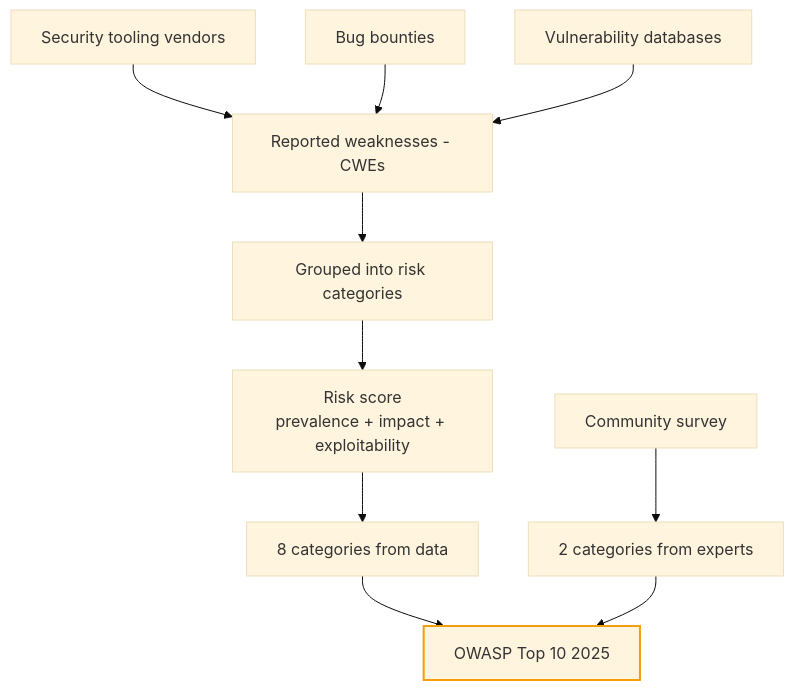
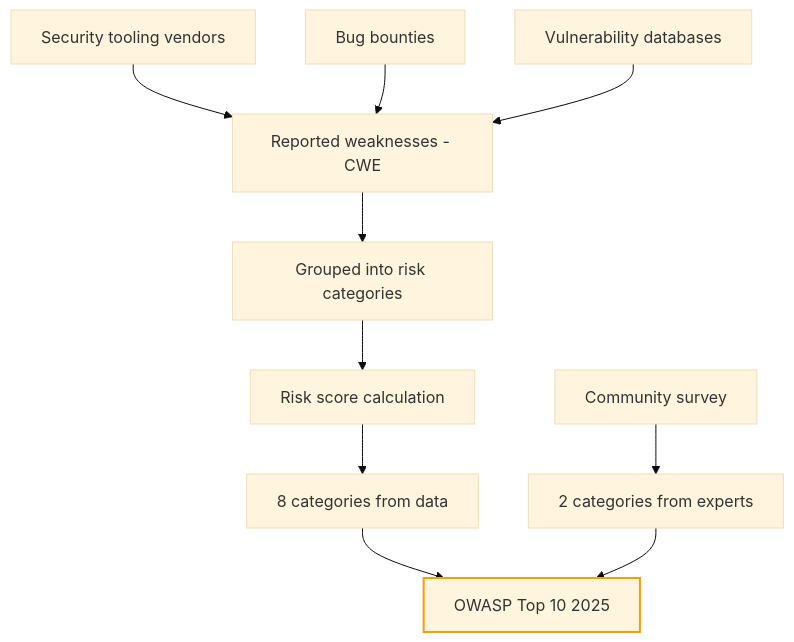
One commit to vojtechruz/vojtechruzicka-blog changed the first of 2 diagrams in src/posts/security/owasp-top-ten-2025/index.md. Above: the diagram before and after it, drawn with Mermaid (base theme). The commit also changed 3 other files, not shown here.

Commit message:
Mermaid diagrams styling

````diff
--- a/src/posts/security/owasp-top-ten-2025/index.md
+++ b/src/posts/security/owasp-top-ten-2025/index.md
@@ -116,15 +116,15 @@
 ```mermaid caption
 flowchart TD
     accTitle: How the OWASP Top 10 is compiled
     accDescr: Data from security tooling vendors, bug bounties and vulnerability databases is mapped to CWEs, grouped into risk categories and ranked by risk score. Eight categories come from the data, two from the community survey.
-    V[Security tooling vendors] --> CWE[Reported weaknesses - CWEs]
+    V[Security tooling vendors] --> CWE[Reported weaknesses - CWE]
     BB[Bug bounties] --> CWE
     DB[Vulnerability databases] --> CWE
     CWE --> CAT[Grouped into risk categories]
-    CAT --> SCORE["Risk score<br>prevalence + impact + exploitability"]
+    CAT --> SCORE["Risk score calculation"]
     SCORE --> DATA[8 categories from data]
     SURVEY[Community survey] --> EXPERT[2 categories from experts]
     DATA --> TOP[OWASP Top 10 2025]
     EXPERT --> TOP
     style TOP stroke:#f59e0b,stroke-width:2px
 ```
````
